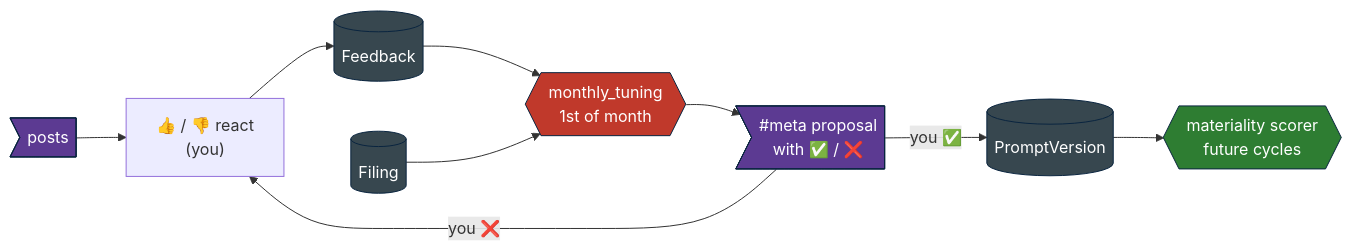
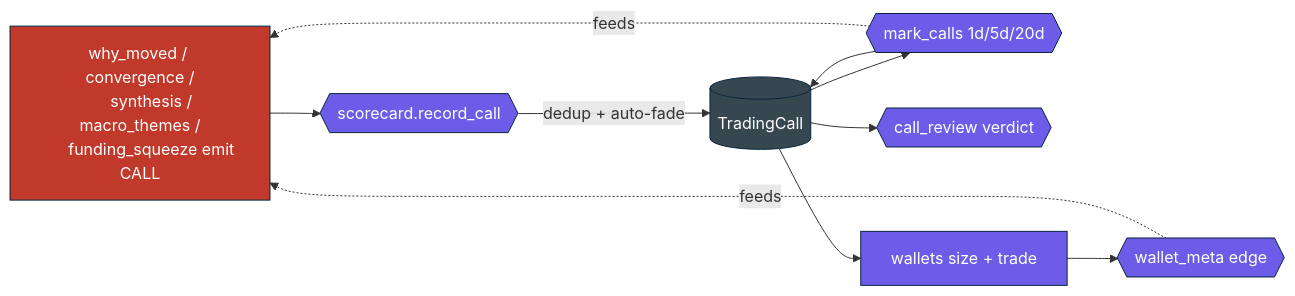
The second of 2 diagrams in docs/ARCHITECTURE.md (algoatson/sentinel), drawn with Mermaid before and after one commit. The commit also changed other lines of this file and 4 other files, not shown here.

First line of the commit message:
docs: regenerate README/ARCHITECTURE/HANDBOOK + add CLAUDE.md from current code

````diff
--- a/docs/ARCHITECTURE.md
+++ b/docs/ARCHITECTURE.md
@@ -394,25 +248,24 @@
 ```mermaid
 flowchart LR
-    classDef ch fill:#5c3a92,stroke:#0a2540,color:#fff
-    classDef table fill:#37474f,stroke:#0a2540,color:#fff
-    classDef heavy fill:#c0392b,stroke:#0a2540,color:#fff
-    classDef light fill:#2e7d32,stroke:#0a2540,color:#fff
+    classDef t fill:#37474f,stroke:#0a2540,color:#fff
+    classDef h fill:#c0392b,stroke:#0a2540,color:#fff
+    classDef n fill:#6c5ce7,stroke:#0a2540,color:#fff
 
-    P>posts]:::ch
-    R["👍 / 👎 react<br/>(you)"]
-    FB[(Feedback)]:::table
-    F[(Filing)]:::table
-    TUN{{monthly_tuning<br/>1st of month}}:::heavy
-    META>#meta proposal<br/>with ✅ / ❌]:::ch
-    PV[(PromptVersion)]:::table
-    MAT{{materiality scorer<br/>future cycles}}:::light
+    P[why_moved / convergence /
+      synthesis / macro_themes /
+      funding_squeeze emit CALL]:::h
+    RC{{scorecard.record_call}}:::n
+    TC[(TradingCall)]:::t
+    MK{{mark_calls 1d/5d/20d}}:::n
+    CR{{call_review verdict}}:::n
+    FN[wallets size + trade]:::n
+    WM{{wallet_meta edge}}:::n
 
-    P --> R
-    R --> FB
-    FB --> TUN
-    F --> TUN
-    TUN --> META
-    META -- "you ✅" --> PV
-    META -- "you ❌" --> R
-    PV --> MAT
+    P --> RC
+    RC -->|dedup + auto-fade| TC
+    TC --> MK --> TC
+    TC --> CR
+    TC --> FN --> WM
+    WM -.feeds.-> P
+    MK -.feeds.-> P
 ```
````
